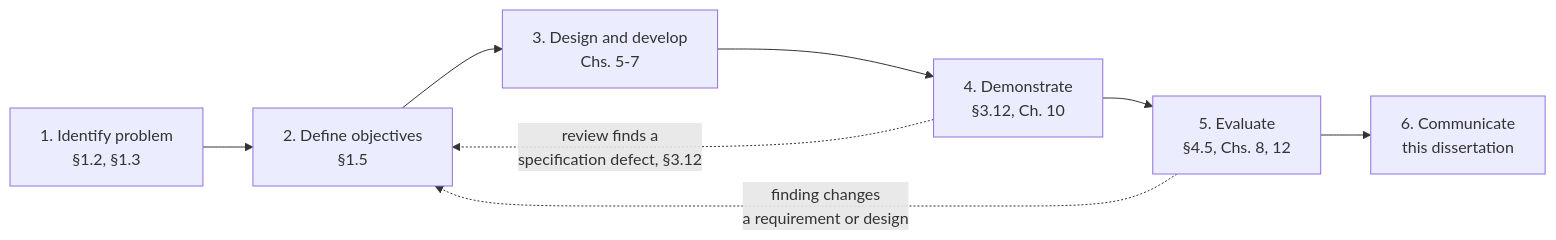
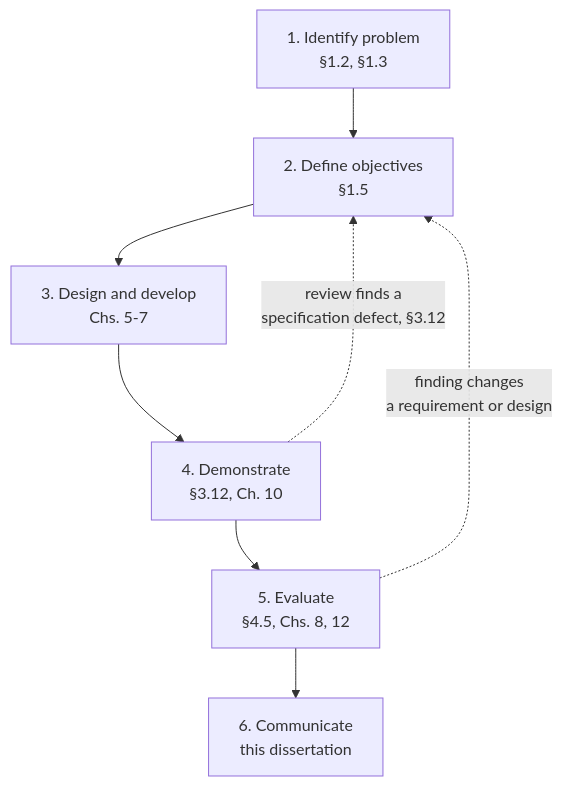
One commit to shalin-rahman/GHCAA changed the second of 5 diagrams in docs/book/04-methodology.md. Above: the diagram before and after it, drawn with Mermaid. The commit also changed other lines of this file and 22 other files, not shown here.

First line of the commit message:
docs(book): align with the implementation, fit every figure to A4, print a real PDF

````diff
--- a/docs/book/04-methodology.md
+++ b/docs/book/04-methodology.md
@@ -316,10 +332,10 @@
 ```mermaid
-flowchart LR
+flowchart TB
     A1[1. Identify problem<br/>§1.2, §1.3] --> A2[2. Define objectives<br/>§1.5]
     A2 --> A3[3. Design and develop<br/>Chs. 5-7]
     A3 --> A4[4. Demonstrate<br/>§3.12, Ch. 10]
     A4 --> A5[5. Evaluate<br/>§4.5, Chs. 8, 12]
     A5 --> A6[6. Communicate<br/>this dissertation]
     A5 -.->|finding changes<br/>a requirement or design| A2
     A4 -.->|review finds a<br/>specification defect, §3.12| A2
 ```
````
